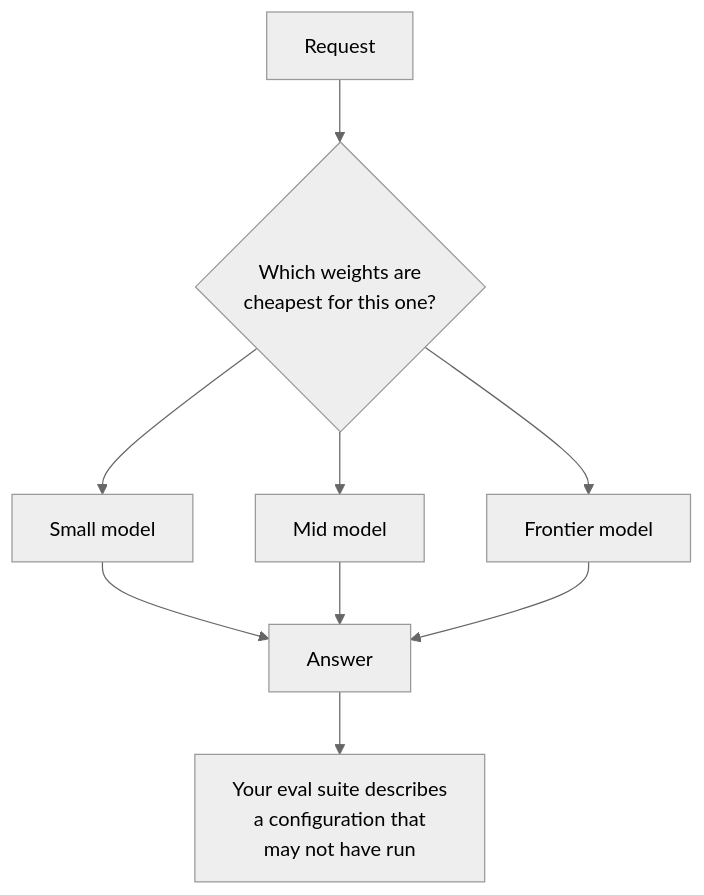
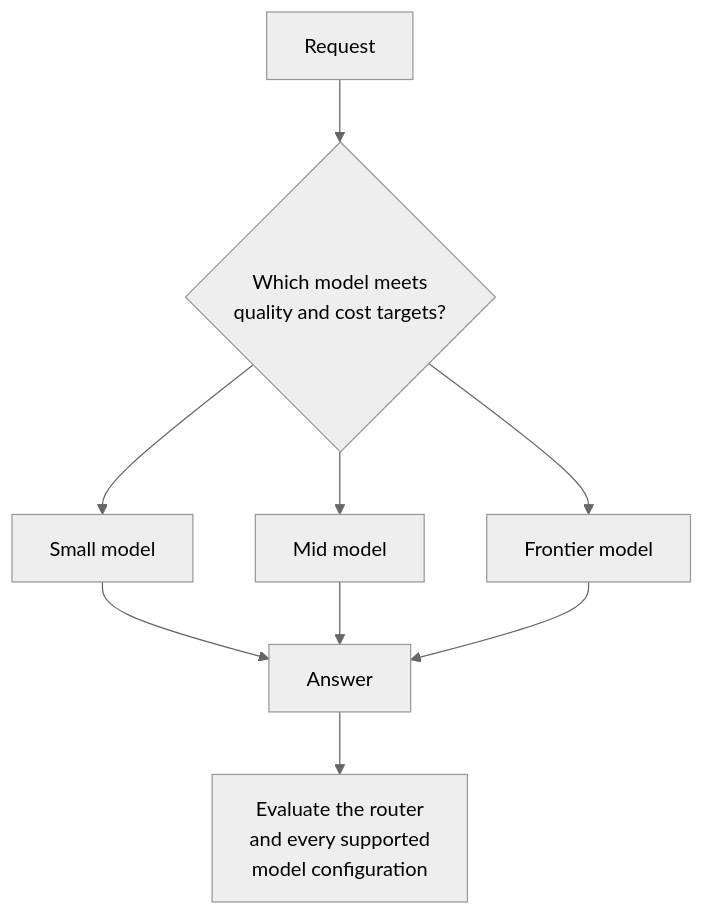
One commit to urmzd/urmzd.com changed the second of 3 diagrams in src/blog/to-route-or-not-to-route.md. Above: the diagram before and after it, drawn with Mermaid (neutral theme). The commit also changed other lines of this file and 1 other file, not shown here.

````diff
--- a/src/blog/to-route-or-not-to-route.md
+++ b/src/blog/to-route-or-not-to-route.md
@@ -38,11 +62,11 @@
 ```mermaid
 flowchart TD
-    U1[Request] --> R1{"Which weights are<br/>cheapest for this one?"}
+    U1[Request] --> R1{"Which model meets<br/>quality and cost targets?"}
     R1 --> M1[Small model]
     R1 --> M2[Mid model]
     R1 --> M3[Frontier model]
     M1 --> O1[Answer]
     M2 --> O1
     M3 --> O1
-    O1 --> E1["Your eval suite describes<br/>a configuration that<br/>may not have run"]
+    O1 --> E1["Evaluate the router<br/>and every supported<br/>model configuration"]
 ```
````
